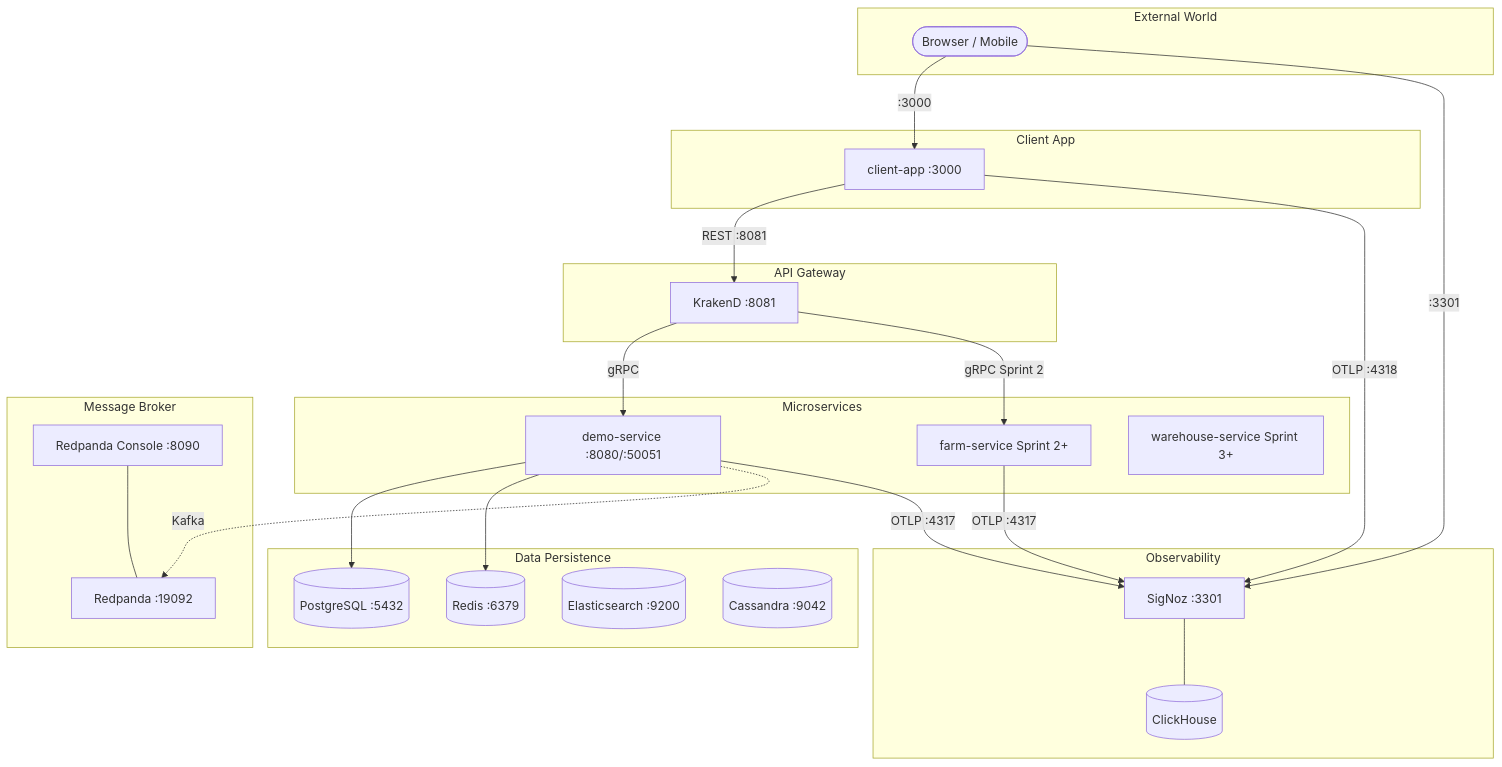
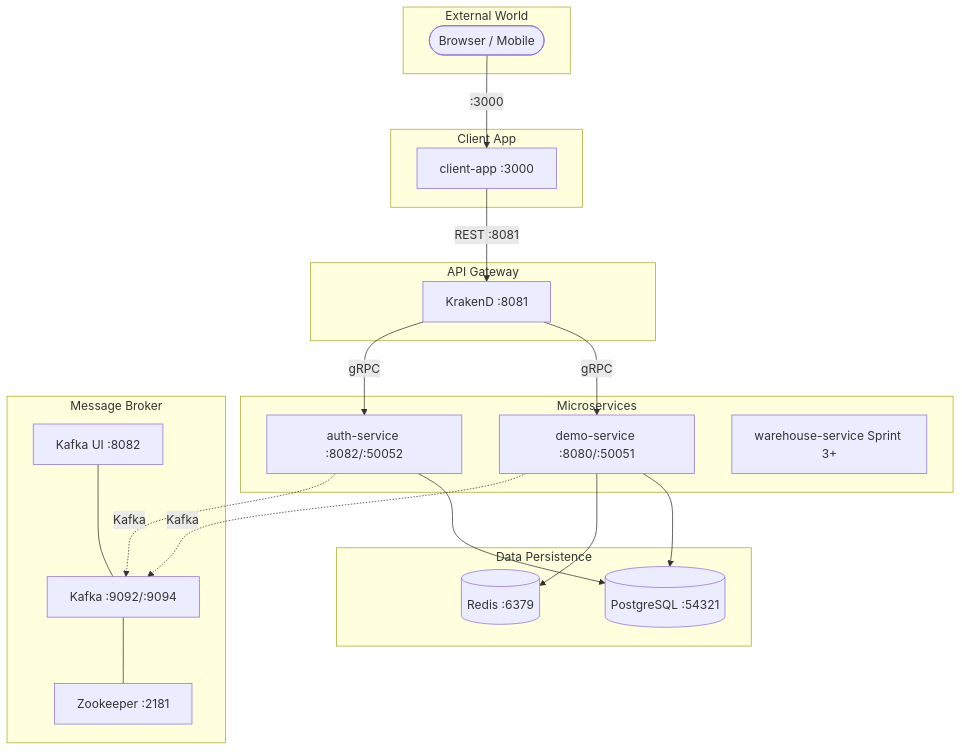
One commit to dungxbuif/RuntimeRoasters changed the diagram in docs/architecture/01_system_blueprint.md. Above: the diagram before and after it, drawn with Mermaid. The commit also changed other lines of this file and 55 other files, not shown here.

Commit message:
feat: [RR-12] implement centralized RBAC system with Casbin-based auth-service, gRPC transport, and middleware support.

````diff
--- a/docs/architecture/01_system_blueprint.md
+++ b/docs/architecture/01_system_blueprint.md
@@ -38,51 +36,43 @@
 ```mermaid
 graph TB
     subgraph "External World"
         Browser([Browser / Mobile])
     end
 
     subgraph "Client App"
         CA[client-app :3000]
     end
 
-    subgraph "Observability"
-        SZ[SigNoz :3301]
-        CH[(ClickHouse)]
-        SZ --- CH
-    end
-
     subgraph "API Gateway"
         GW[KrakenD :8081]
     end
 
     subgraph "Microservices"
         DS[demo-service :8080/:50051]
-        FS[farm-service Sprint 2+]
+        AS[auth-service :8082/:50052]
         WS[warehouse-service Sprint 3+]
     end
 
     subgraph "Data Persistence"
-        PG[(PostgreSQL :5432)]
+        PG[(PostgreSQL :54321)]
         RD[(Redis :6379)]
-        ES[(Elasticsearch :9200)]
-        CS[(Cassandra :9042)]
     end
 
     subgraph "Message Broker"
-        RP[Redpanda :19092]
-        RPC[Redpanda Console :8090]
-        RPC --- RP
+        KF[Kafka :9092/:9094]
+        ZK[Zookeeper :2181]
+        KUI[Kafka UI :8082]
+        KUI --- KF
+        KF --- ZK
     end
 
     Browser -->|:3000| CA
-    Browser -->|:3301| SZ
     CA -->|REST :8081| GW
     GW -->|gRPC| DS
-    GW -->|gRPC Sprint 2| FS
+    GW -->|gRPC| AS
     DS --> PG
     DS --> RD
-    DS -.->|Kafka| RP
-    DS -->|OTLP :4317| SZ
-    FS -->|OTLP :4317| SZ
-    CA -->|OTLP :4318| SZ
+    AS --> PG
+    DS -.->|Kafka| KF
+    AS -.->|Kafka| KF
 ```
````
